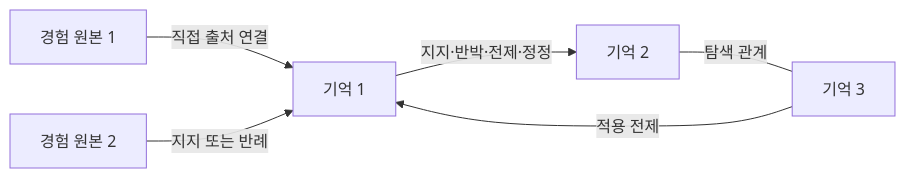
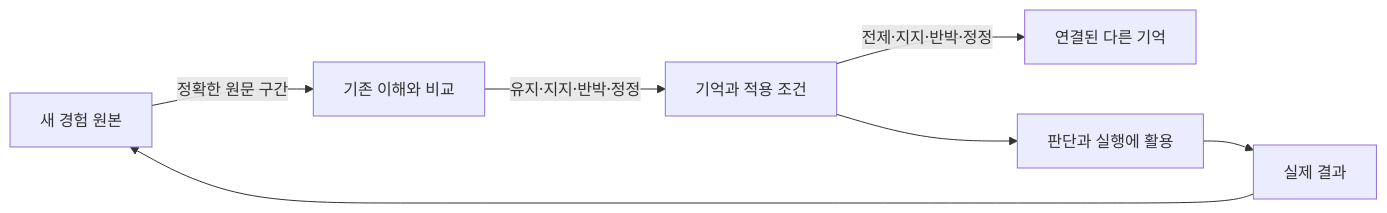
One commit to replex-me/grounded-memory-architecture changed the diagram in README.md. Above: the diagram before and after it, drawn with Mermaid. The commit also changed other lines of this file and 11 other files, not shown here.

Commit message:
Explain GMA architecture and complete the experience-driven update example

````diff
--- a/README.md
+++ b/README.md
@@ -9,8 +28,9 @@
 ```mermaid
 flowchart LR
-    I1[경험 원본 1] -->|직접 출처 연결| M1[기억 1]
-    I2[경험 원본 2] -->|지지 또는 반례| M1
-    M1 -->|지지·반박·전제·정정| M2[기억 2]
-    M2 ---|탐색 관계| M3[기억 3]
-    M3 -->|적용 전제| M1
+    E[새 경험 원본] -->|정확한 원문 구간| J[기존 이해와 비교]
+    J -->|유지·지지·반박·정정| M[기억과 적용 조건]
+    M -->|전제·지지·반박·정정| N[연결된 다른 기억]
+    M --> R[판단과 실행에 활용]
+    R --> O[실제 결과]
+    O --> E
 ```
````
